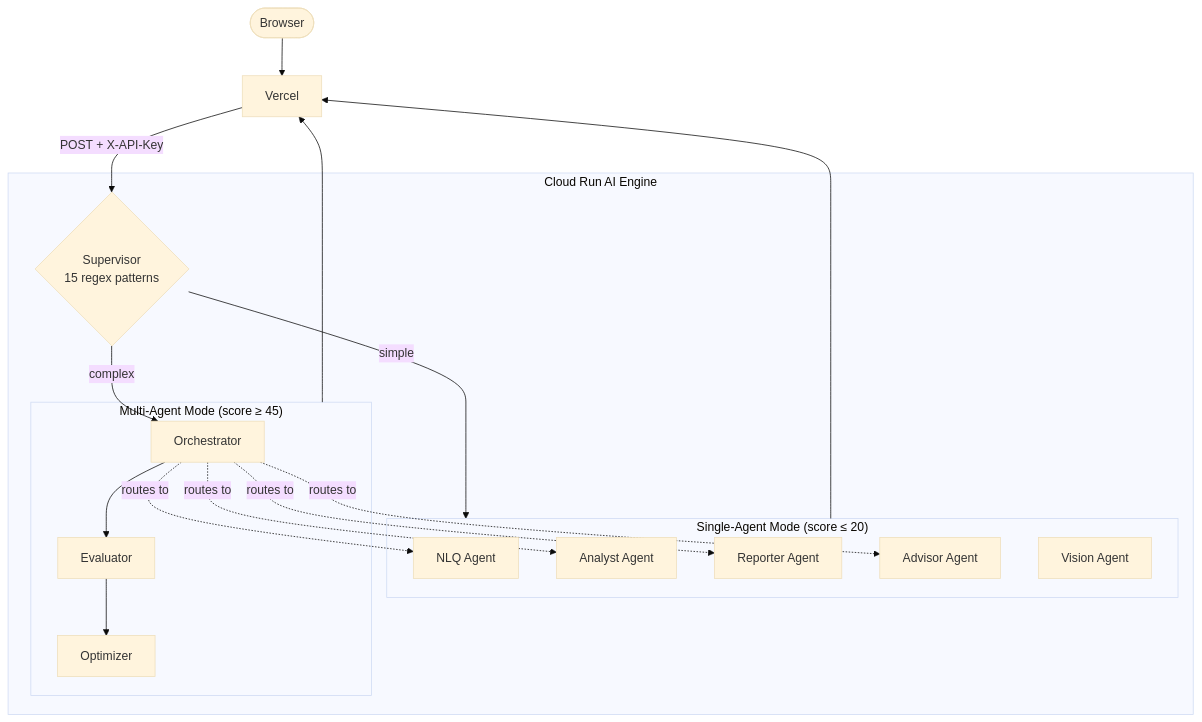
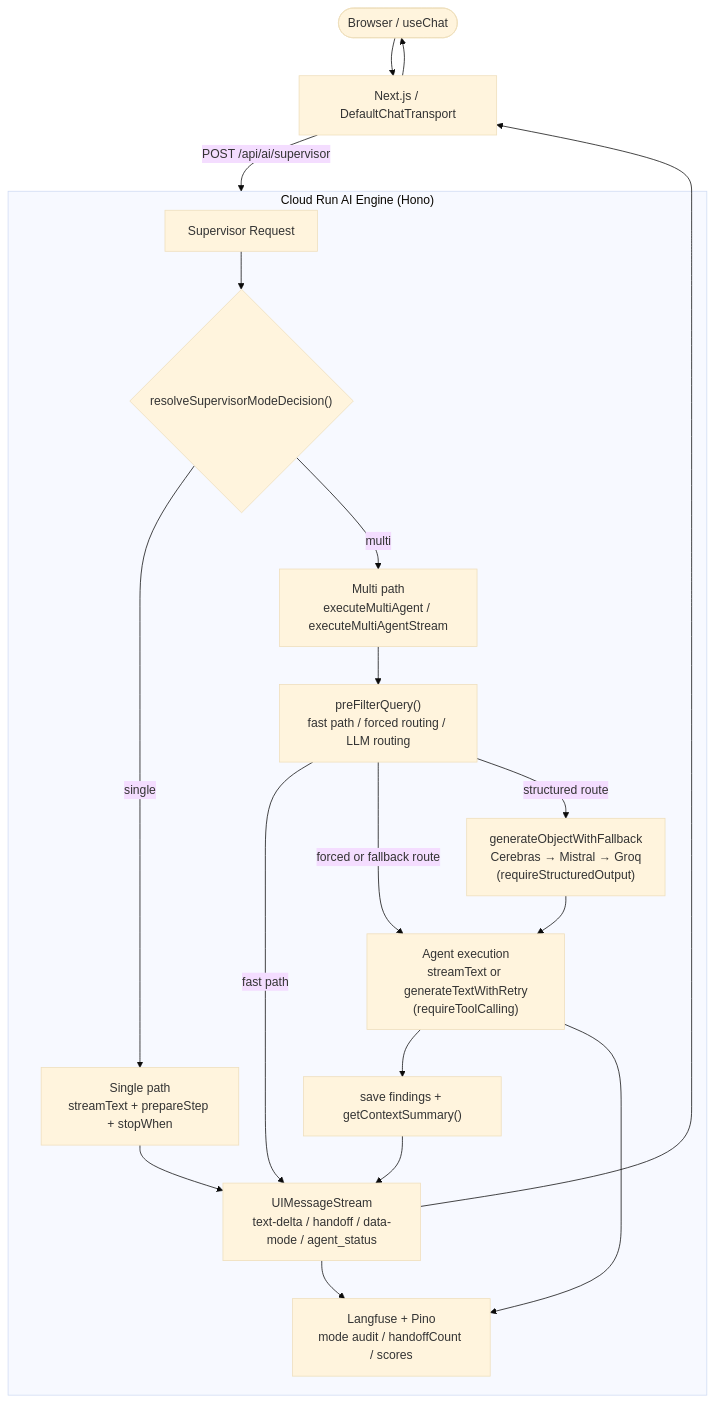
The first of 2 diagrams in docs/reference/architecture/ai/ai-engine-architecture.md (skyasu2/openmanager-ai), drawn with Mermaid (base theme) before and after one commit. The commit also changed other lines of this file and 2 other files, not shown here.

Commit message:
docs(ai): refresh architecture and vision routing docs

````diff
--- a/docs/reference/architecture/ai/ai-engine-architecture.md
+++ b/docs/reference/architecture/ai/ai-engine-architecture.md
@@ -34,30 +42,34 @@
 ```mermaid
 flowchart TB
-    User([Browser]) --> Vercel
-    Vercel -->|POST + X-API-Key| Supervisor
+    User([Browser / useChat]) --> Vercel["Next.js / DefaultChatTransport"]
+    Vercel -->|POST /api/ai/supervisor| CR
 
-    subgraph CloudRun["Cloud Run AI Engine"]
-        Supervisor{"Supervisor\n15 regex patterns"}
+    subgraph CR["Cloud Run AI Engine (Hono)"]
+        Entry["Supervisor Request"]
+        Mode{"resolveSupervisorModeDecision()"}
+        Single["Single path\nstreamText + prepareStep + stopWhen"]
+        Multi["Multi path\nexecuteMultiAgent / executeMultiAgentStream"]
+        Prefilter["preFilterQuery()\nfast path / forced routing / LLM routing"]
+        Route["generateObjectWithFallback\nCerebras → Mistral → Groq\n(requireStructuredOutput)"]
+        Agent["Agent execution\nstreamText or generateTextWithRetry\n(requireToolCalling)"]
+        Context["save findings + getContextSummary()"]
+        Stream["UIMessageStream\ntext-delta / handoff / data-mode / agent_status"]
+        Trace["Langfuse + Pino\nmode audit / handoffCount / scores"]
 
-        subgraph Single["Single-Agent Mode (score ≤ 20)"]
-            NLQ[NLQ Agent]
-            Analyst[Analyst Agent]
-            Reporter[Reporter Agent]
-            Advisor[Advisor Agent]
-            Vision[Vision Agent]
-        end
-
-        subgraph Multi["Multi-Agent Mode (score ≥ 45)"]
-            Orch[Orchestrator]
-            Eval[Evaluator]
-            Opt[Optimizer]
-            Orch --> Eval --> Opt
-        end
-
-        Supervisor -->|simple| Single
-        Supervisor -->|complex| Orch
-        Orch -.->|routes to| NLQ & Analyst & Reporter & Advisor
+        Entry --> Mode
+        Mode -->|single| Single
+        Mode -->|multi| Multi
+        Multi --> Prefilter
+        Prefilter -->|fast path| Stream
+        Prefilter -->|forced or fallback route| Agent
+        Prefilter -->|structured route| Route
+        Route --> Agent
+        Agent --> Context
+        Context --> Stream
+        Single --> Stream
+        Stream --> Trace
+        Agent --> Trace
     end
 
-    Single & Multi --> Vercel
+    Stream --> Vercel --> User
 ```
````
